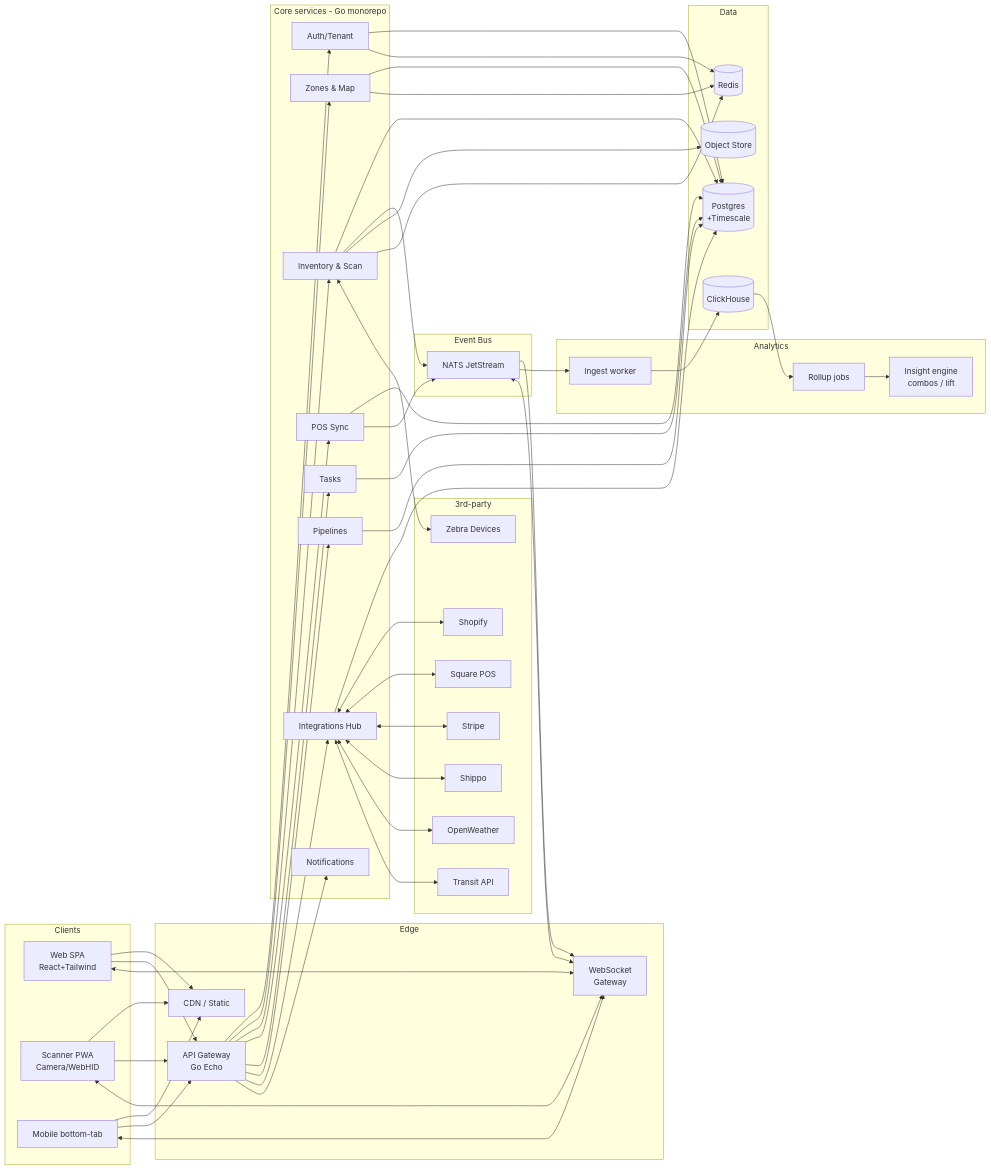
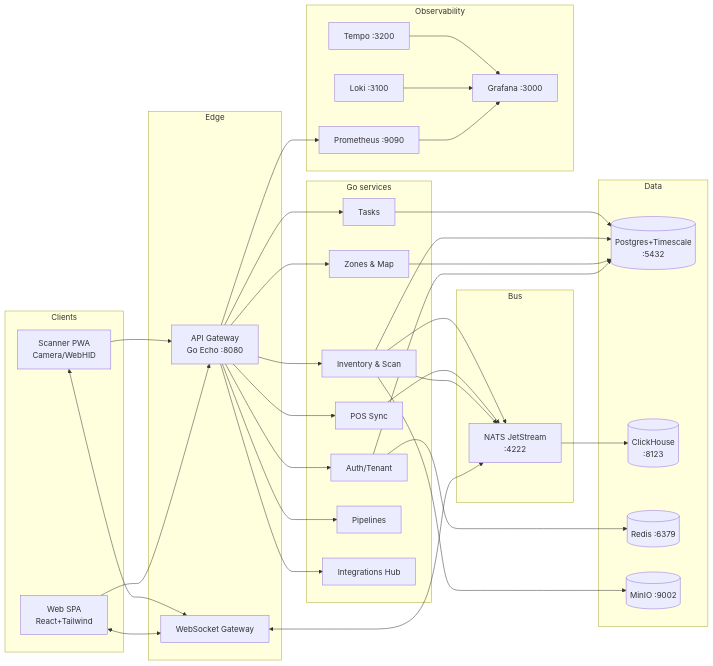
The diagram in README.md (mrohadi/live-rack), drawn with Mermaid before and after one commit. The commit also changed other lines of this file and 74 other files, not shown here.

````diff
--- a/README.md
+++ b/README.md
@@ -34,70 +294,52 @@
 ```mermaid
 flowchart LR
   subgraph Clients
     WEB[Web SPA<br/>React+Tailwind]
     PWA[Scanner PWA<br/>Camera/WebHID]
-    MOB[Mobile bottom-tab]
   end
 
   subgraph Edge
-    CDN[CDN / Static]
-    GW[API Gateway<br/>Go Echo]
-    WS[WebSocket<br/>Gateway]
+    GW[API Gateway<br/>Go Echo :8080]
+    WS[WebSocket Gateway]
   end
 
-  subgraph Core[Core services - Go monorepo]
+  subgraph Core[Go services]
     AUTH[Auth/Tenant]
     ZONE[Zones & Map]
     INV[Inventory & Scan]
     POS[POS Sync]
     TASK[Tasks]
     PIPE[Pipelines]
     INTG[Integrations Hub]
-    NOTIF[Notifications]
   end
 
   subgraph Data
-    PG[(Postgres<br/>+Timescale)]
-    CH[(ClickHouse)]
-    REDIS[(Redis)]
-    S3[(Object Store)]
+    PG[(Postgres+Timescale<br/>:5432)]
+    CH[(ClickHouse<br/>:8123)]
+    REDIS[(Redis :6379)]
+    S3[(MinIO :9002)]
   end
 
-  subgraph Bus[Event Bus]
-    NATS[NATS JetStream]
+  subgraph Bus
+    NATS[NATS JetStream<br/>:4222]
   end
 
-  subgraph Analytics
-    INGEST[Ingest worker]
-    AGG[Rollup jobs]
-    ML[Insight engine<br/>combos / lift]
+  subgraph Obs[Observability]
+    PROM[Prometheus :9090]
+    LOKI[Loki :3100]
+    TEMPO[Tempo :3200]
+    GRAF[Grafana :3000]
   end
 
-  subgraph External[3rd-party]
-    SHOP[Shopify]
-    SQ[Square POS]
-    STR[Stripe]
-    SHIP[Shippo]
-    WX[OpenWeather]
-    TRN[Transit API]
-    ZBR[Zebra Devices]
-  end
-
-  WEB & PWA & MOB --> CDN
-  WEB & PWA & MOB --> GW
-  WEB & PWA & MOB <--> WS
-
-  GW --> AUTH & ZONE & INV & POS & TASK & PIPE & INTG & NOTIF
+  WEB & PWA --> GW
+  WEB & PWA <--> WS
+  GW --> AUTH & ZONE & INV & POS & TASK & PIPE & INTG
   WS <--> NATS
-
-  AUTH & ZONE & INV & POS & TASK & PIPE & INTG --> PG
   INV & POS --> NATS
-  NATS --> WS
-  NATS --> INGEST --> CH
-  CH --> AGG --> ML
+  AUTH & ZONE & INV & TASK --> PG
+  INV --> NATS --> CH
   INV --> S3
-  AUTH & ZONE & INV --> REDIS
-
-  INTG <--> SHOP & SQ & STR & SHIP & WX & TRN
-  INV <--> ZBR
+  AUTH --> REDIS
+  GW --> PROM
+  PROM & LOKI & TEMPO --> GRAF
 ```
````
